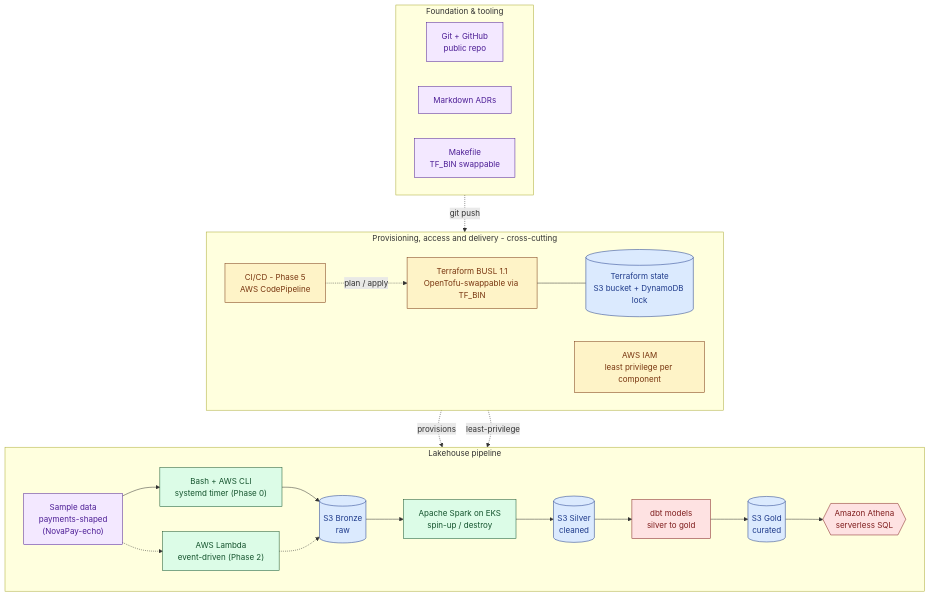
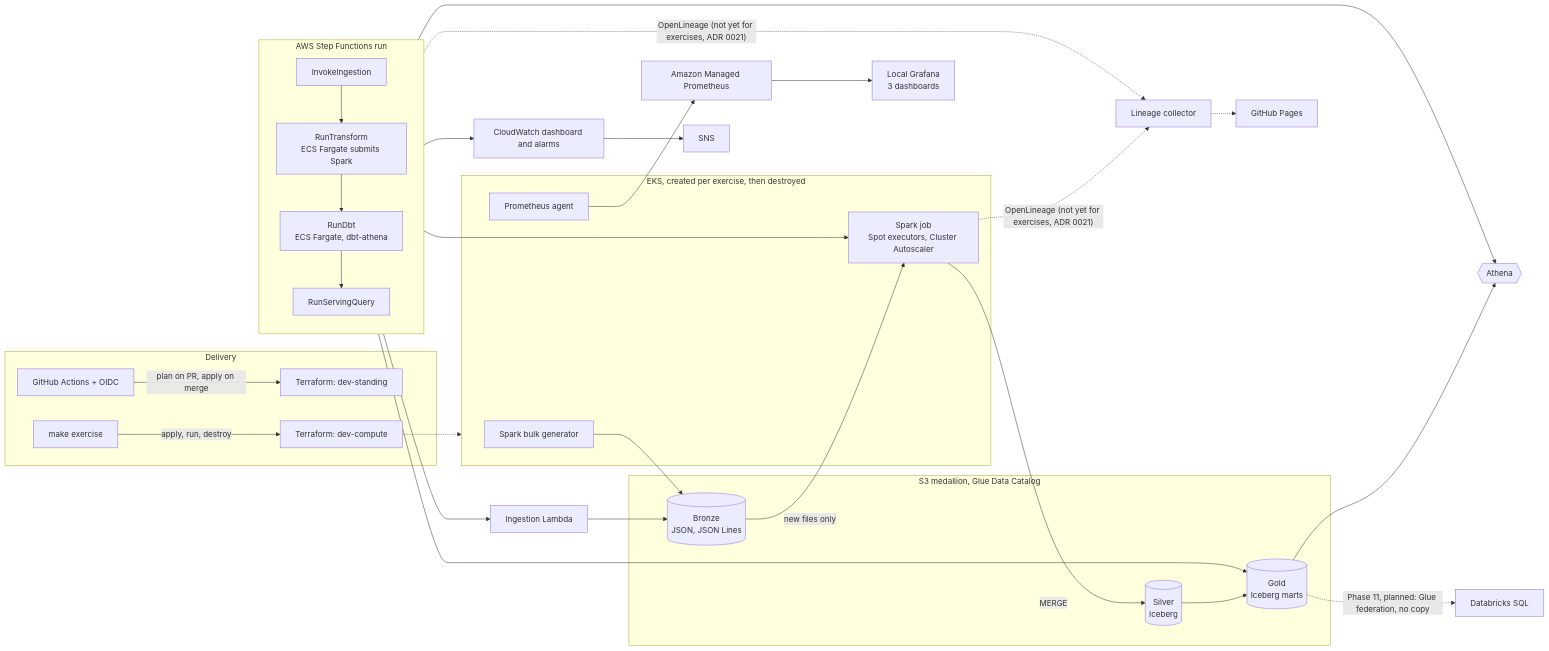
One commit to ChiragVenkateshaiah/cerberus-platform changed the diagram in README.md. Above: the diagram before and after it, drawn with Mermaid. The commit also changed other lines of this file and 3 other files, not shown here.

````diff
--- a/README.md
+++ b/README.md
@@ -166,53 +39,34 @@
 ```mermaid
-flowchart TB
-    subgraph FOUND["Foundation & tooling"]
-        direction LR
-        GIT["Git + GitHub<br/>public repo"]
-        ADR["Markdown ADRs"]
-        MK["Makefile<br/>TF_BIN swappable"]
+flowchart LR
+    subgraph CI["Delivery"]
+        GHA["GitHub Actions + OIDC"] -->|"plan on PR, apply on merge"| STAND["Terraform: dev-standing"]
+        HUMAN["make exercise"] -->|"apply, run, destroy"| COMP["Terraform: dev-compute"]
     end
-
-    subgraph PIPE["Lakehouse pipeline"]
-        direction LR
-        SAMPLE["Sample data<br/>payments-shaped<br/>(NovaPay-echo)"]
-        ING1["Bash + AWS CLI<br/>systemd timer (Phase 0)"]
-        ING2["AWS Lambda<br/>event-driven (Phase 2)"]
-        BRZ[("S3 Bronze<br/>raw")]
-        SPARK["Apache Spark on EKS<br/>spin-up / destroy"]
-        SLV[("S3 Silver<br/>cleaned")]
-        DBT["dbt models<br/>silver to gold"]
-        GLD[("S3 Gold<br/>curated")]
-        ATH{{"Amazon Athena<br/>serverless SQL"}}
-
-        SAMPLE --> ING1 --> BRZ
-        SAMPLE -.-> ING2 -.-> BRZ
-        BRZ --> SPARK --> SLV --> DBT --> GLD --> ATH
+    subgraph RUN["AWS Step Functions run"]
+        direction TB
+        S1["InvokeIngestion"] --> S2["RunTransform<br/>ECS Fargate submits Spark"] --> S3["RunDbt<br/>ECS Fargate, dbt-athena"] --> S4["RunServingQuery"]
     end
-
-    subgraph GOV["Provisioning, access and delivery - cross-cutting"]
-        direction LR
-        TF["Terraform BUSL 1.1<br/>OpenTofu-swappable via TF_BIN"]
-        TFSTATE[("Terraform state<br/>S3 bucket + DynamoDB lock")]
-        IAM["AWS IAM<br/>least privilege per component"]
-        CICD["CI/CD - Phase 5<br/>AWS CodePipeline"]
-        TF --- TFSTATE
-        CICD -. plan / apply .-> TF
+    subgraph EKS["EKS, created per exercise, then destroyed"]
+        GEN["Spark bulk generator"]
+        SPARK["Spark job<br/>Spot executors, Cluster Autoscaler"]
+        PROM["Prometheus agent"]
     end
-
-    GIT -. git push .-> CICD
-    TF -. provisions .-> PIPE
-    IAM -. least-privilege .-> PIPE
-
-    classDef storage fill:#dbeafe,stroke:#1e3a8a,color:#1e3a8a
-    classDef compute fill:#dcfce7,stroke:#14532d,color:#14532d
-    classDef provisioning fill:#fef3c7,stroke:#78350f,color:#78350f
-    classDef tooling fill:#f3e8ff,stroke:#4c1d95,color:#4c1d95
-    classDef query fill:#fee2e2,stroke:#7f1d1d,color:#7f1d1d
-
-    class BRZ,SLV,GLD,TFSTATE storage
-    class SPARK,ING1,ING2 compute
-    class TF,IAM,CICD provisioning
-    class GIT,ADR,MK tooling
-    class DBT,ATH query
-    class SAMPLE tooling
+    subgraph LAKE["S3 medallion, Glue Data Catalog"]
+        BRZ[("Bronze<br/>JSON, JSON Lines")]
+        SLV[("Silver<br/>Iceberg")]
+        GLD[("Gold<br/>Iceberg marts")]
+    end
+    S1 --> LAMBDA["Ingestion Lambda"] --> BRZ
+    GEN --> BRZ
+    S2 --> SPARK
+    BRZ -->|"new files only"| SPARK -->|"MERGE"| SLV
+    S3 --> GLD
+    SLV --> GLD
+    S4 --> ATH{{"Athena"}}
+    GLD --> ATH
+    PROM --> AMP["Amazon Managed Prometheus"] --> GRAF["Local Grafana<br/>3 dashboards"]
+    RUN --> CW["CloudWatch dashboard and alarms"] --> SNS["SNS"]
+    SPARK & S3 -. "OpenLineage (not yet for exercises, ADR 0021)" .-> OL["Lineage collector"] -.-> PAGES["GitHub Pages"]
+    GLD -. "Phase 11, planned: Glue federation, no copy" .-> DBX["Databricks SQL"]
+    COMP -.-> EKS
 ```
````
